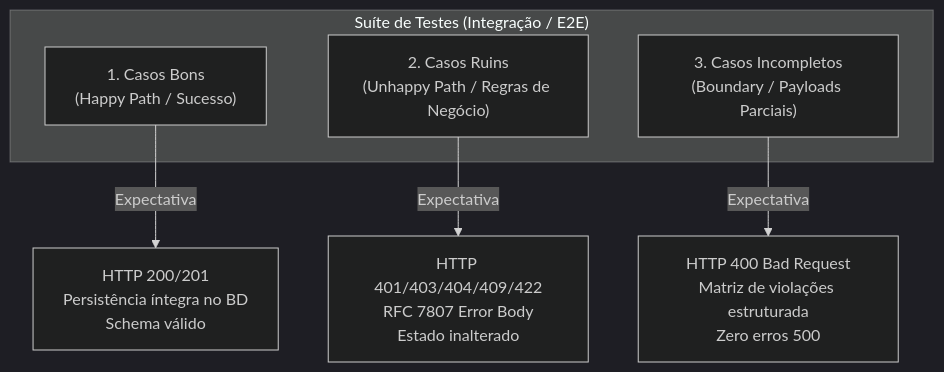
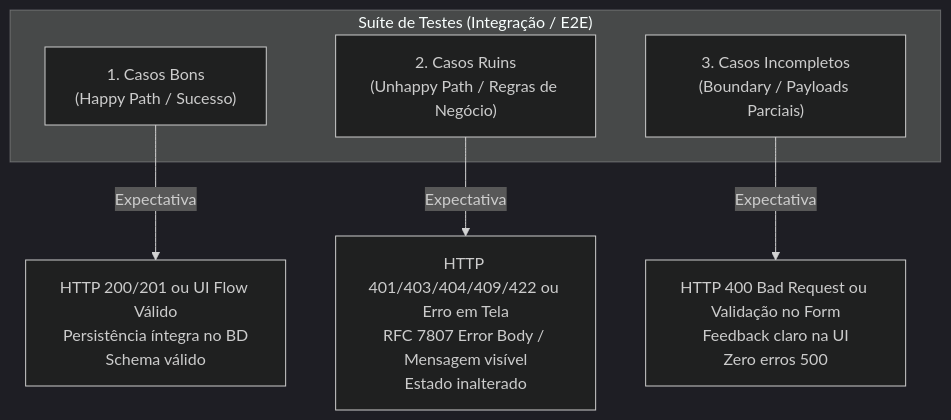
The diagram in docs/adr/0002-padroes-de-cenarios-de-teste-bons-ruins-incompletos.md (JPCalsavara/si600-web-petshop), drawn with Mermaid (dark theme) before and after one commit. The commit also changed other lines of this file and 10 other files, not shown here.

````diff
--- a/docs/adr/0002-padroes-de-cenarios-de-teste-bons-ruins-incompletos.md
+++ b/docs/adr/0002-padroes-de-cenarios-de-teste-bons-ruins-incompletos.md
@@ -25,12 +25,12 @@
 ```mermaid
 flowchart TD
     subgraph TestSuite ["Suíte de Testes (Integração / E2E)"]
         CB["1. Casos Bons\n(Happy Path / Sucesso)"]
         CR["2. Casos Ruins\n(Unhappy Path / Regras de Negócio)"]
         CI["3. Casos Incompletos\n(Boundary / Payloads Parciais)"]
     end
 
-    CB -->|"Expectativa"| R1["HTTP 200/201\nPersistência íntegra no BD\nSchema válido"]
-    CR -->|"Expectativa"| R2["HTTP 401/403/404/409/422\nRFC 7807 Error Body\nEstado inalterado"]
-    CI -->|"Expectativa"| R3["HTTP 400 Bad Request\nMatriz de violações estruturada\nZero erros 500"]
+    CB -->|"Expectativa"| R1["HTTP 200/201 ou UI Flow Válido\nPersistência íntegra no BD\nSchema válido"]
+    CR -->|"Expectativa"| R2["HTTP 401/403/404/409/422 ou Erro em Tela\nRFC 7807 Error Body / Mensagem visível\nEstado inalterado"]
+    CI -->|"Expectativa"| R3["HTTP 400 Bad Request ou Validação no Form\nFeedback claro na UI\nZero erros 500"]
 ```
````
